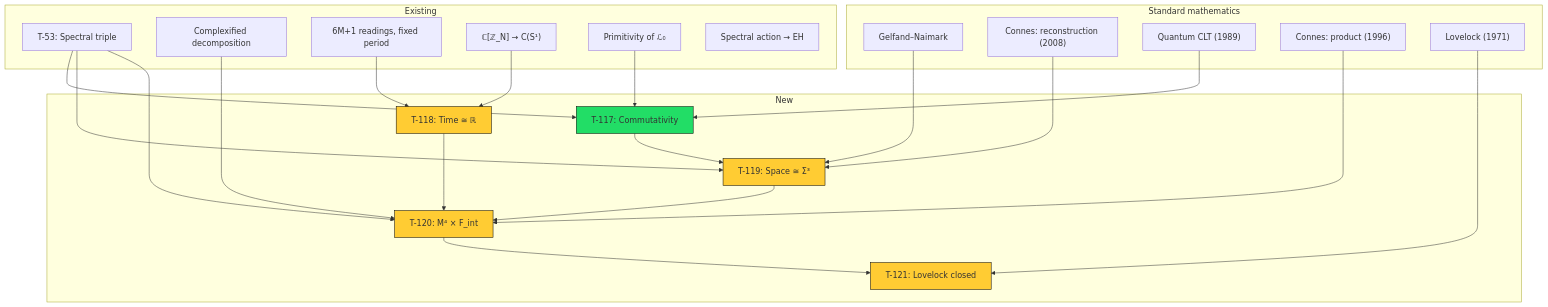
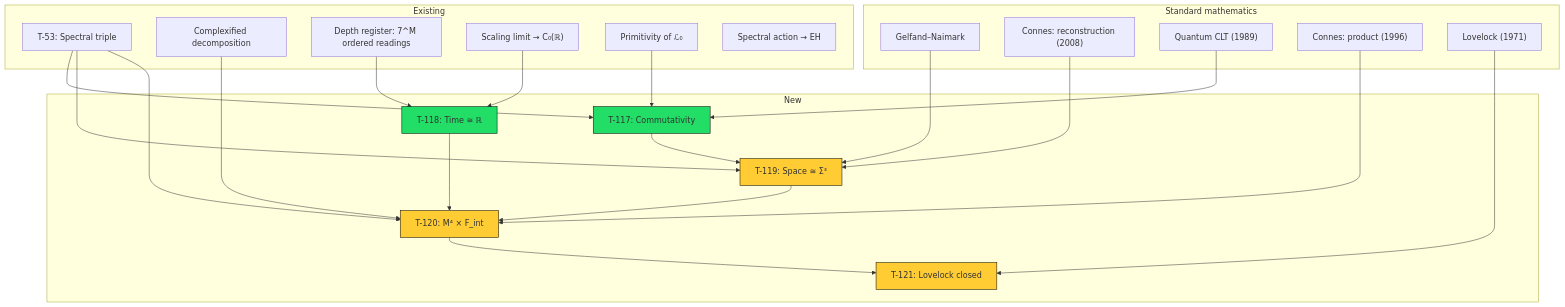
Before and after one commit to gst-st/uhm: the diagram in website/docs/proofs/physics/emergent-manifold.md, drawn with Mermaid. The commit also changed other lines of this file and 20 other files, not shown here.

````diff
--- a/website/docs/proofs/physics/emergent-manifold.md
+++ b/website/docs/proofs/physics/emergent-manifold.md
@@ -543,54 +533,54 @@
 ```mermaid
 graph TD
     subgraph "Existing"
         T53["T-53: Spectral triple"]
         SEC["Complexified decomposition"]
-        NEFF["6M+1 readings, fixed period"]
-        CLIM["ℂ#91;ℤ_N#93; → C#40;S¹#41;"]
+        NEFF["Depth register: 7^M ordered readings"]
+        CLIM["Scaling limit → C₀#40;ℝ#41;"]
         PRIM["Primitivity of ℒ₀"]
         SPEC["Spectral action → EH"]
     end
 
     subgraph "Standard mathematics"
         GN["Gelfand–Naimark"]
         CR["Connes: reconstruction #40;2008#41;"]
         QCLT["Quantum CLT #40;1989#41;"]
         CP["Connes: product #40;1996#41;"]
         LOV["Lovelock #40;1971#41;"]
     end
 
     subgraph "New"
         T117["T-117: Commutativity"]
         T118["T-118: Time ≅ ℝ"]
         T119["T-119: Space ≅ Σ³"]
         T120["T-120: M⁴ × F_int"]
         T121["T-121: Lovelock closed"]
     end
 
     PRIM --> T117
     QCLT --> T117
     T53 --> T117
 
     NEFF --> T118
     CLIM --> T118
 
     T117 --> T119
     GN --> T119
     CR --> T119
     T53 --> T119
 
     T118 --> T120
     T119 --> T120
     T53 --> T120
     CP --> T120
     SEC --> T120
 
     T120 --> T121
     LOV --> T121
 
     style T117 fill:#2d6,stroke:#000
-    style T118 fill:#fc3,stroke:#000
+    style T118 fill:#2d6,stroke:#000
     style T119 fill:#fc3,stroke:#000
     style T120 fill:#fc3,stroke:#000
     style T121 fill:#fc3,stroke:#000
 ```
````
